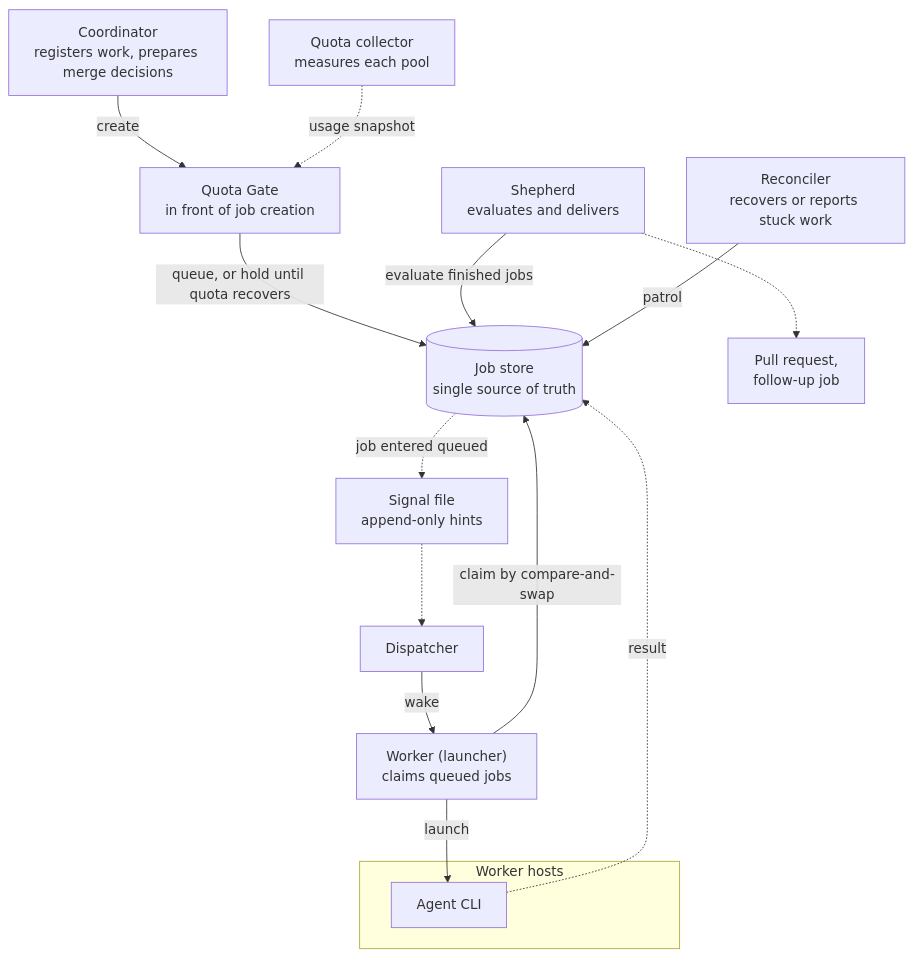
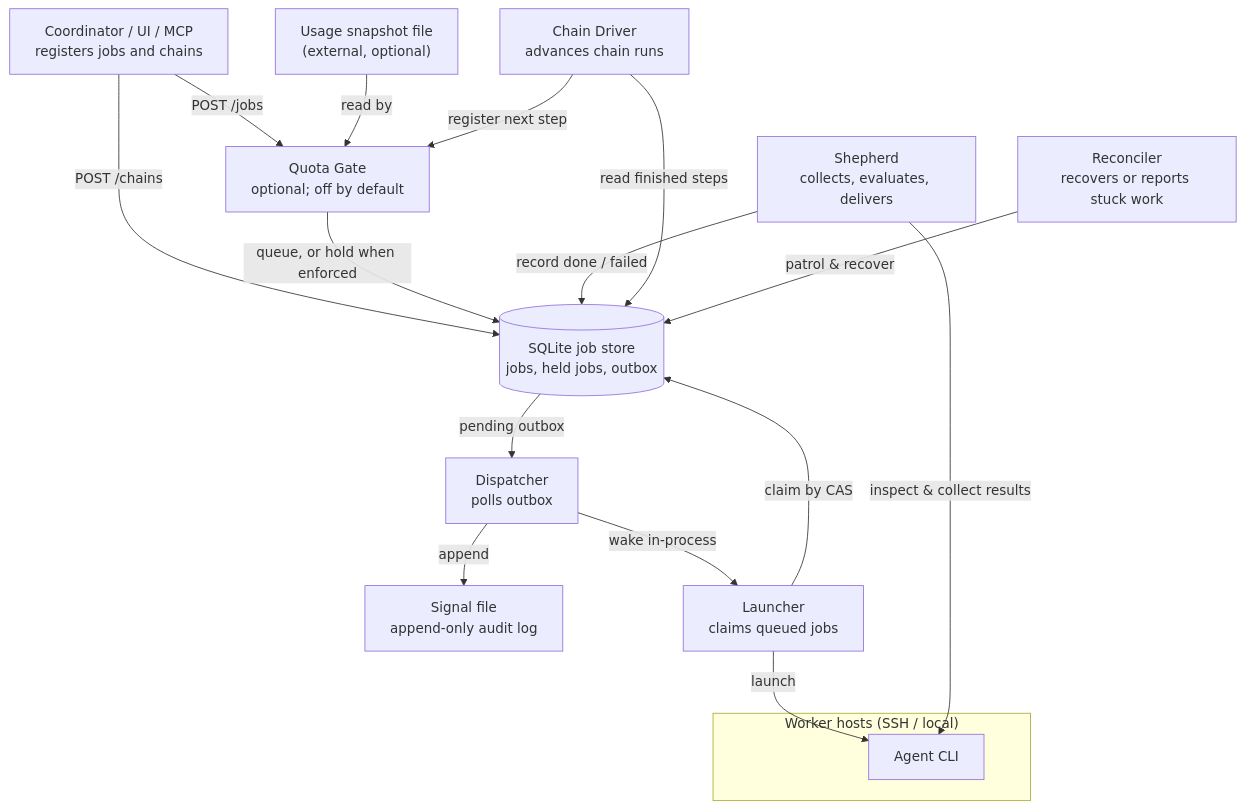
The diagram in README.md (ypsilonmeister/quota-fleet), drawn with Mermaid before and after one commit. The commit also changed other lines of this file and 1 other file, not shown here.

Commit message:
docs: polish README diagram, two-path Quickstart Step 4, and Status section (#53)

````diff
--- a/README.md
+++ b/README.md
@@ -26,29 +26,31 @@
 ```mermaid
 flowchart TD
-    COORD["Coordinator<br/>registers work, prepares merge decisions"]
-    COLL["Quota collector<br/>measures each pool"]
-    GATE["Quota Gate<br/>in front of job creation"]
-    STORE[("Job store<br/>single source of truth")]
-    SIG["Signal file<br/>append-only hints"]
-    DISP["Dispatcher"]
-    LAUNCH["Worker (launcher)<br/>claims queued jobs"]
-    subgraph HOSTS["Worker hosts"]
+    COORD["Coordinator / UI / MCP<br/>registers jobs and chains"]
+    SNAP["Usage snapshot file<br/>(external, optional)"]
+    GATE["Quota Gate<br/>optional; off by default"]
+    STORE[("SQLite job store<br/>jobs, held jobs, outbox")]
+    DISP["Dispatcher<br/>polls outbox"]
+    SIG["Signal file<br/>append-only audit log"]
+    LAUNCH["Launcher<br/>claims queued jobs"]
+    subgraph HOSTS["Worker hosts (SSH / local)"]
         AGENT["Agent CLI"]
     end
-    SHEP["Shepherd<br/>evaluates and delivers"]
-    NEXT["Pull request,<br/>follow-up job"]
+    SHEP["Shepherd<br/>collects, evaluates, delivers"]
+    CHAIN["Chain Driver<br/>advances chain runs"]
     REC["Reconciler<br/>recovers or reports stuck work"]
 
-    COORD -->|create| GATE
-    COLL -.->|usage snapshot| GATE
-    GATE -->|queue, or hold until quota recovers| STORE
-    STORE -.->|job entered queued| SIG
-    SIG -.-> DISP
-    DISP -->|wake| LAUNCH
-    LAUNCH -->|claim by compare-and-swap| STORE
+    COORD -->|POST /jobs| GATE
+    COORD -->|POST /chains| STORE
+    SNAP -->|read by| GATE
+    GATE -->|queue, or hold when enforced| STORE
+    STORE -->|pending outbox| DISP
+    DISP -->|append| SIG
+    DISP -->|wake in-process| LAUNCH
+    LAUNCH -->|claim by CAS| STORE
     LAUNCH -->|launch| AGENT
-    AGENT -.->|result| STORE
-    SHEP -->|evaluate finished jobs| STORE
-    SHEP -.-> NEXT
-    REC -->|patrol| STORE
+    SHEP -->|inspect & collect results| AGENT
+    SHEP -->|record done / failed| STORE
+    CHAIN -->|read finished steps| STORE
+    CHAIN -->|register next step| GATE
+    REC -->|patrol & recover| STORE
 ```
````
